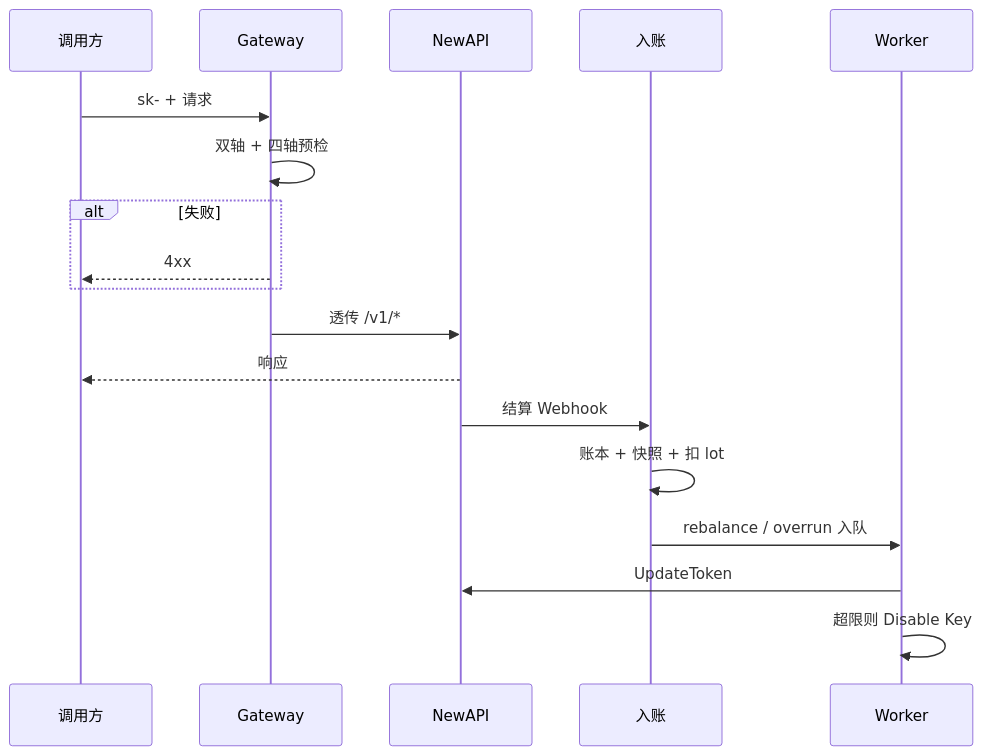
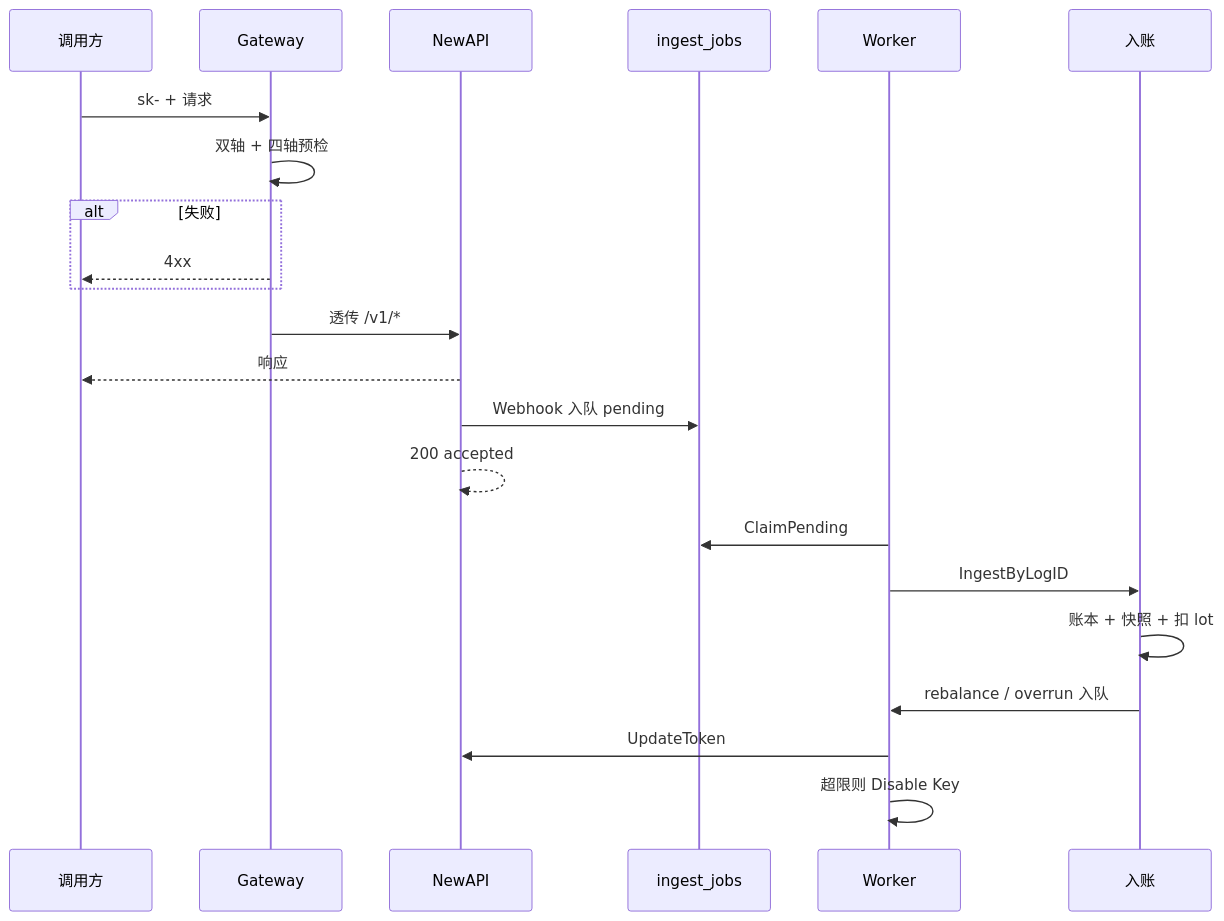
Before and after one commit to quyip8818/mytokenjoy: the fifth of 10 diagrams in docs/Backend-预算.md, drawn with Mermaid. The commit also changed other lines of this file and 46 other files, not shown here.

````diff
--- a/docs/Backend-预算.md
+++ b/docs/Backend-预算.md
@@ -199,21 +201,25 @@
 ```mermaid
 sequenceDiagram
   participant C as 调用方
   participant GW as Gateway
   participant NA as NewAPI
+  participant Q as ingest_jobs
+  participant W as Worker
   participant ING as 入账
-  participant W as Worker
 
   C->>GW: sk- + 请求
   GW->>GW: 双轴 + 四轴预检
   alt 失败
     GW-->>C: 4xx
   end
   GW->>NA: 透传 /v1/*
   NA-->>C: 响应
-  NA->>ING: 结算 Webhook
+  NA->>Q: Webhook 入队 pending
+  NA-->>NA: 200 accepted
+  W->>Q: ClaimPending
+  W->>ING: IngestByLogID
   ING->>ING: 账本 + 快照 + 扣 lot
   ING->>W: rebalance / overrun 入队
   W->>NA: UpdateToken
   W->>W: 超限则 Disable Key
 ```
````
